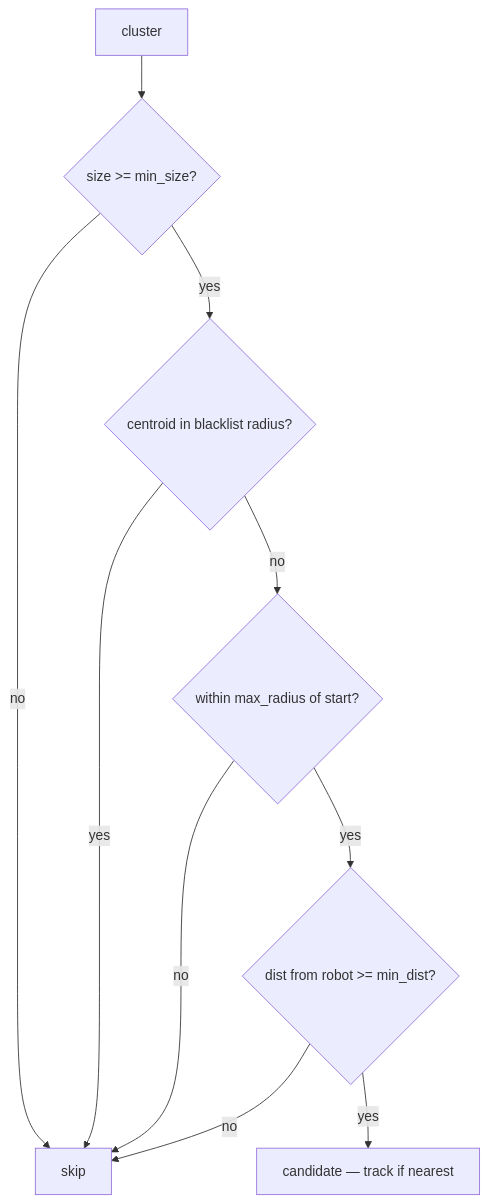
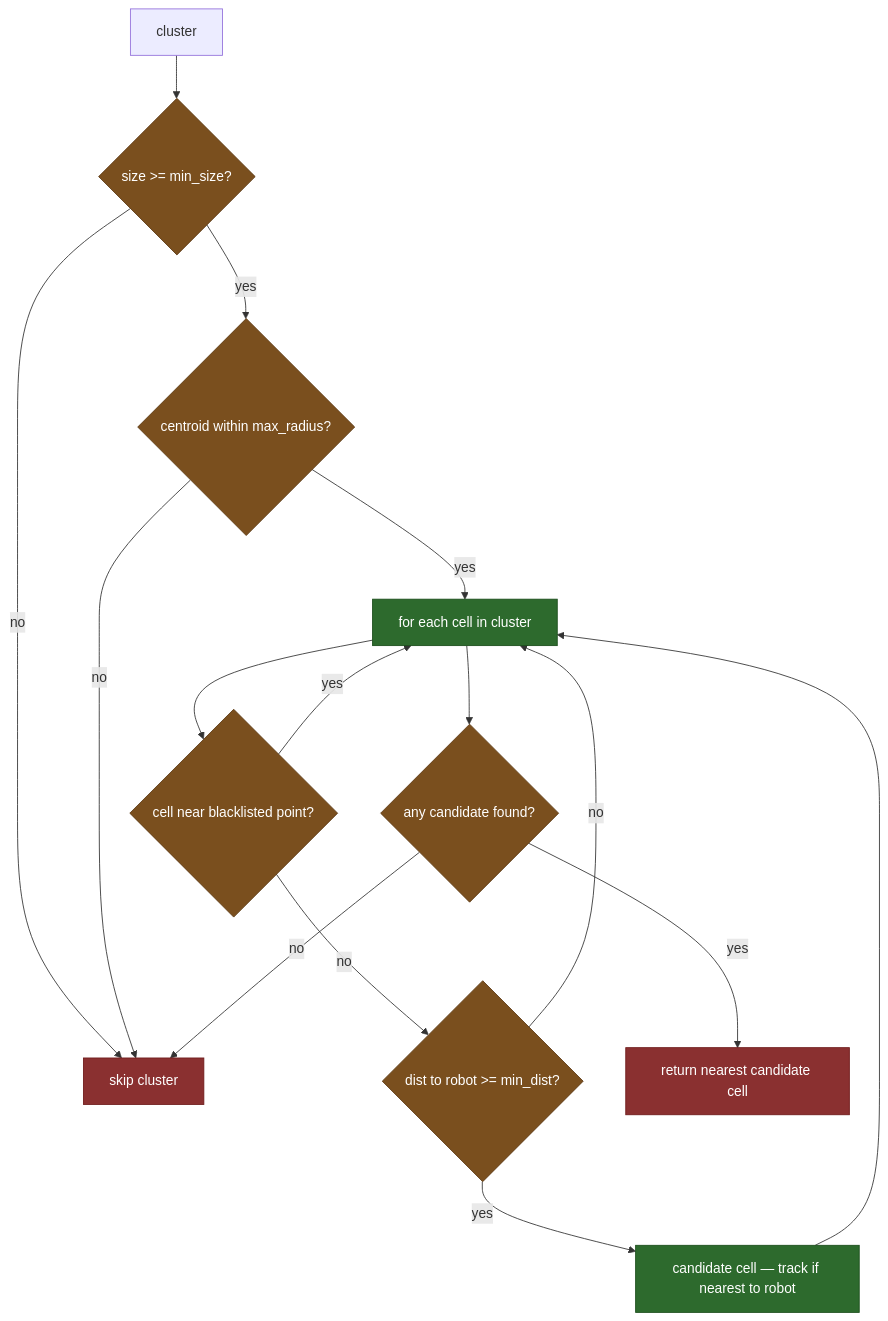
One commit to Boston-Robot-Hackers/dome_nav changed the second of 2 diagrams in 01-literate/06-frontier_explorer.md. Above: the diagram before and after it, drawn with Mermaid. The commit also changed other lines of this file and 9 other files, not shown here.

````diff
--- a/01-literate/06-frontier_explorer.md
+++ b/01-literate/06-frontier_explorer.md
@@ -93,12 +100,24 @@
 ```mermaid
 flowchart TD
     A[cluster] --> B{size >= min_size?}
-    B -- no --> skip
-    B -- yes --> C{centroid in blacklist radius?}
-    C -- yes --> skip
-    C -- no --> D{within max_radius of start?}
-    D -- no --> skip
-    D -- yes --> E{dist from robot >= min_dist?}
-    E -- no --> skip
-    E -- yes --> F[candidate — track if nearest]
+    B -- no --> Z[skip cluster]
+    B -- yes --> C{centroid within max_radius?}
+    C -- no --> Z
+    C -- yes --> D[for each cell in cluster]
+    D --> E{cell near blacklisted point?}
+    E -- yes --> D
+    E -- no --> F{dist to robot >= min_dist?}
+    F -- no --> D
+    F -- yes --> G[candidate cell — track if nearest to robot]
+    G --> D
+    D --> H{any candidate found?}
+    H -- no --> Z
+    H -- yes --> I[return nearest candidate cell]
+
+    classDef filter fill:#7a4f1e,stroke:#5c3a14,color:#ffffff
+    classDef action fill:#2d6a2d,stroke:#1a4d1a,color:#ffffff
+    classDef terminal fill:#8a3030,stroke:#6e1a1a,color:#ffffff
+    class B,C,E,F,H filter
+    class D,G action
+    class Z,I terminal
 ```
````
